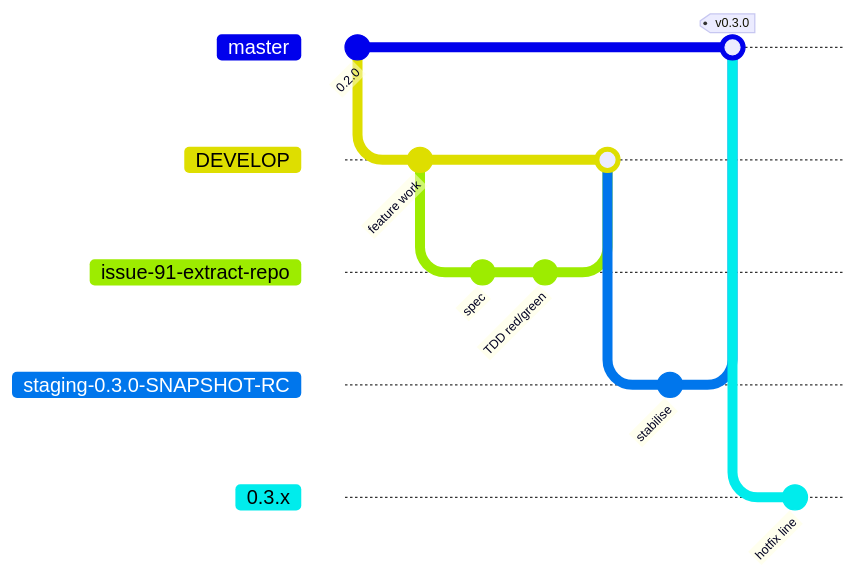
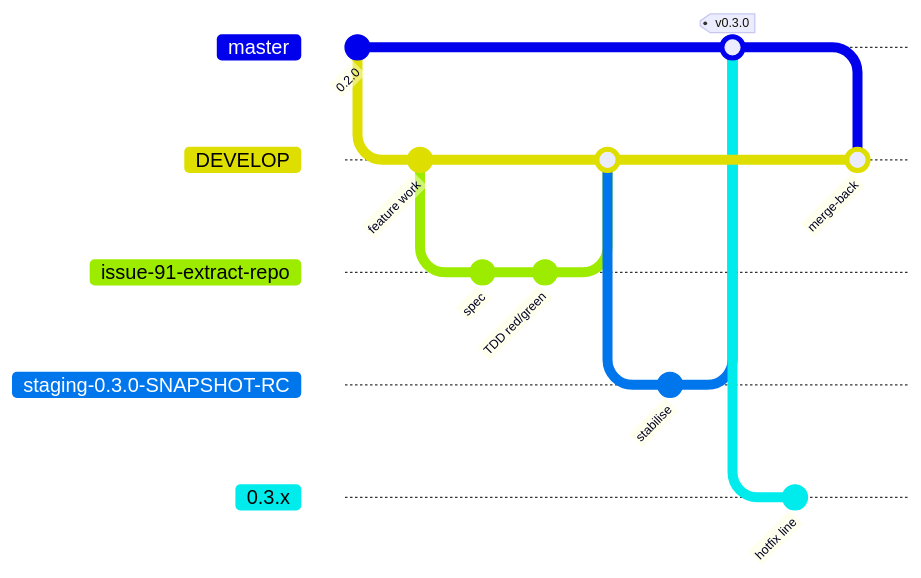
Before and after one commit to MRISS-Projects/dsh: the first of 2 diagrams in docs/devops/README.md, drawn with Mermaid. The commit also changed other lines of this file, not shown here.

First line of the commit message:
docs(#117): describe the merge-back into DEVELOP in the devops guide

````diff
--- a/docs/devops/README.md
+++ b/docs/devops/README.md
@@ -9,18 +9,20 @@
 ```mermaid
 %%{init: {'gitGraph': {'mainBranchName': 'master'}}}%%
 gitGraph
     commit id: "0.2.0"
     branch DEVELOP
     commit id: "feature work"
     branch issue-91-extract-repo
     commit id: "spec"
     commit id: "TDD red/green"
     checkout DEVELOP
     merge issue-91-extract-repo
     branch staging-0.3.0-SNAPSHOT-RC
     commit id: "stabilise"
     checkout master
     merge staging-0.3.0-SNAPSHOT-RC tag: "v0.3.0"
     branch "0.3.x"
     commit id: "hotfix line"
+    checkout DEVELOP
+    merge master id: "merge-back"
 ```
````
